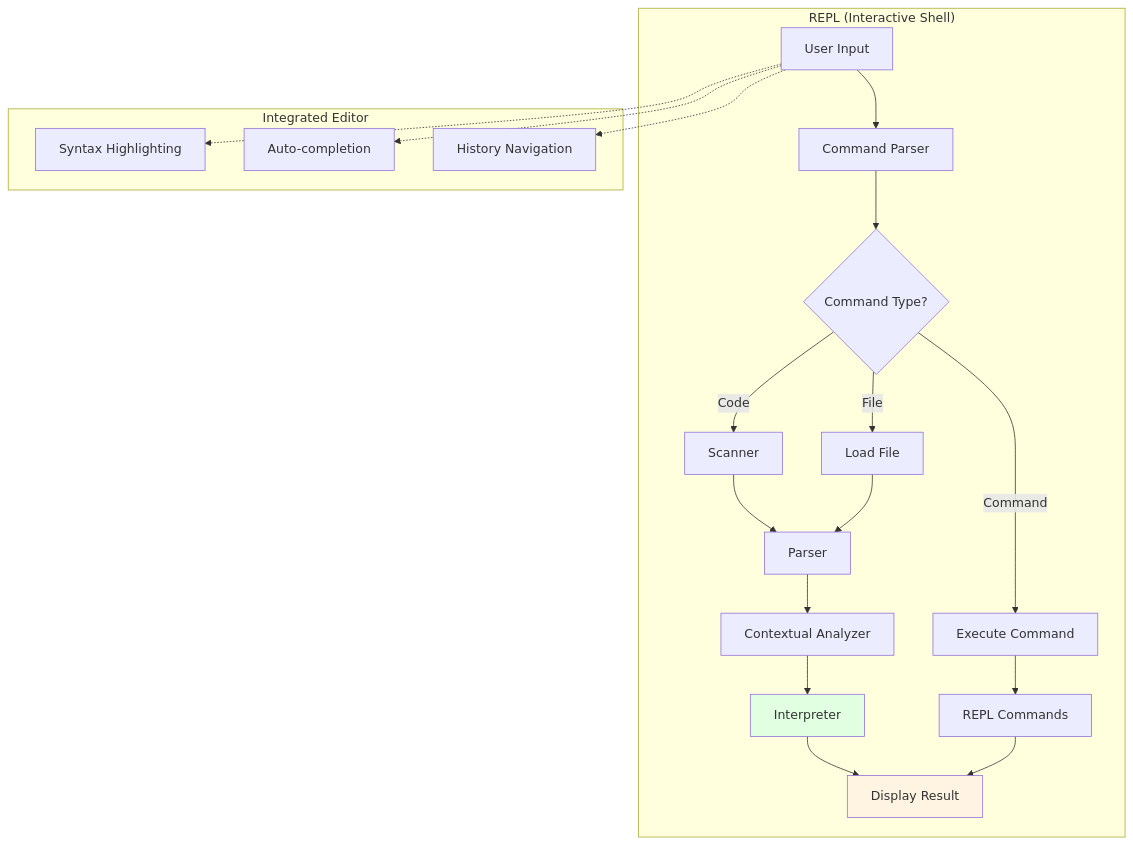
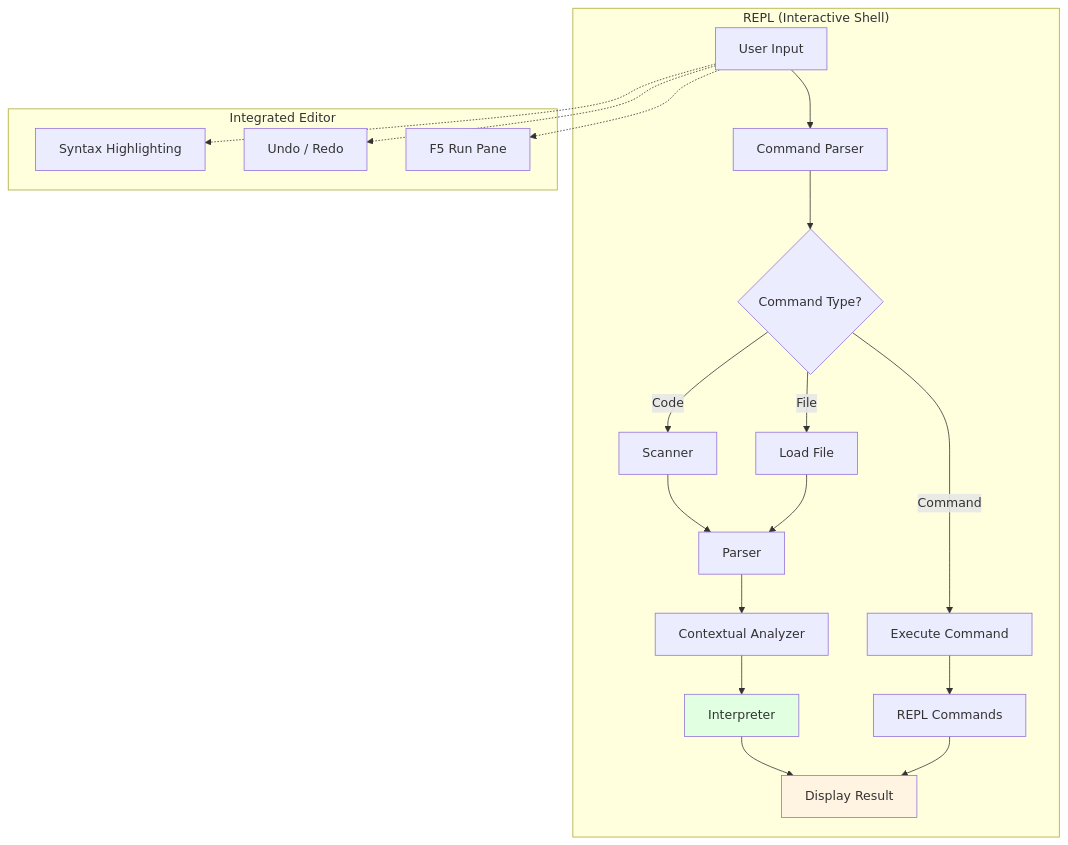
Diagram 12 of 24 in docs/architecture.md (objeck/objeck-lang), drawn with Mermaid before and after one commit. The commit also changed other lines of this file and 8 other files, not shown here.

First line of the commit message:
docs: refresh architecture, JIT and index docs

````diff
--- a/docs/architecture.md
+++ b/docs/architecture.md
@@ -611,31 +622,31 @@
 ```mermaid
 graph TB
     subgraph "REPL (Interactive Shell)"
         A[User Input] --> B[Command Parser]
         B --> C{Command Type?}
 
         C -->|Code| D[Scanner]
         C -->|File| E[Load File]
         C -->|Command| F[Execute Command]
 
         D --> G[Parser]
         E --> G
         G --> H[Contextual Analyzer]
         H --> I[Interpreter]
         I --> J[Display Result]
 
         F --> K[REPL Commands]
         K --> J
     end
 
     subgraph "Integrated Editor"
         L[Syntax Highlighting]
-        M[Auto-completion]
-        N[History Navigation]
+        M[Undo / Redo]
+        N[F5 Run Pane]
     end
 
     A -.-> L & M & N
 
     style I fill:#e1ffe1
     style J fill:#fff4e1
 ```
````
